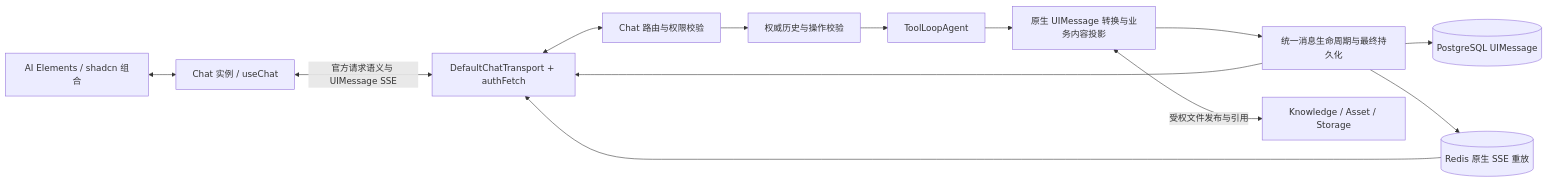
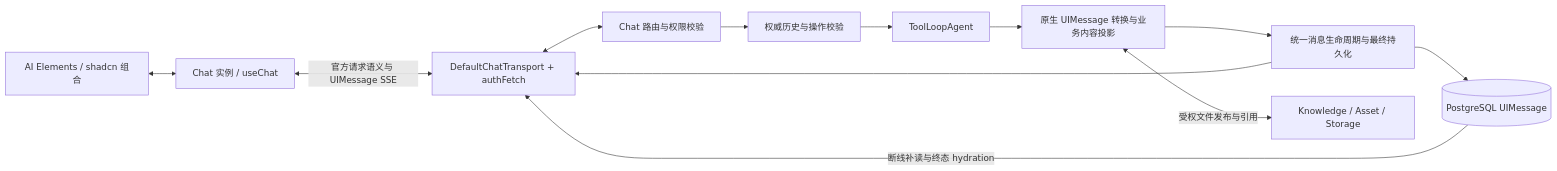
Before and after one commit to baymaxLeee/monorepo: the diagram in docs/ADR/chat-ui-protocol.md, drawn with Mermaid. The commit also changed other lines of this file and 47 other files, not shown here.

````diff
--- a/docs/ADR/chat-ui-protocol.md
+++ b/docs/ADR/chat-ui-protocol.md
@@ -64,15 +64,14 @@
 ```mermaid
 flowchart LR
   UI[AI Elements / shadcn 组合] <--> C[Chat 实例 / useChat]
   C <-->|官方请求语义与 UIMessage SSE| T[DefaultChatTransport + authFetch]
   T <--> R[Chat 路由与权限校验]
   R --> H[权威历史与操作校验]
   H --> A[ToolLoopAgent]
   A --> S[原生 UIMessage 转换与业务内容投影]
   S --> F[统一消息生命周期与最终持久化]
   F --> T
   F --> DB[(PostgreSQL UIMessage)]
-  F --> RS[(Redis 原生 SSE 重放)]
-  RS --> T
+  DB -->|断线补读与终态 hydration| T
   S <-->|受权文件发布与引用| K[Knowledge / Asset / Storage]
 ```
````
